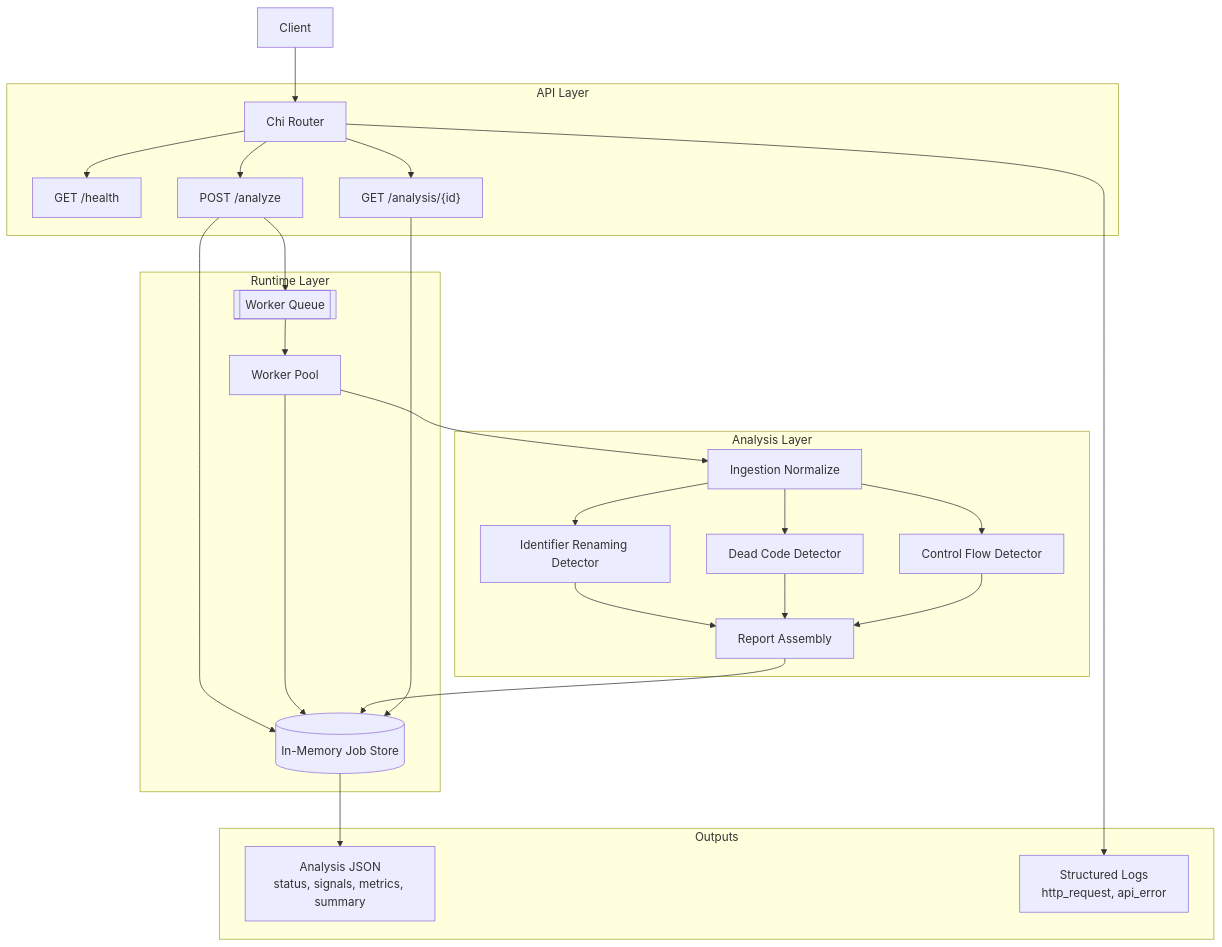
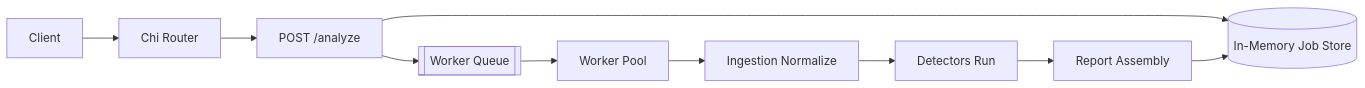
The first of 2 diagrams in README.md (jessechumo/GraphSentinel), drawn with Mermaid before and after one commit. The commit also changed other lines of this file, not shown here.

Commit message:
docs: simplify architecture diagrams for readability
Made-with: Cursor

````diff
--- a/README.md
+++ b/README.md
@@ -30,52 +32,22 @@
 ```mermaid
-flowchart TB
+flowchart LR
   client[Client]
-
-  subgraph api[API Layer]
-    router[Chi Router]
-    health["GET /health"]
-    submit["POST /analyze"]
-    fetch["GET /analysis/{id}"]
-  end
-
-  subgraph runtime[Runtime Layer]
-    store[(In-Memory Job Store)]
-    queue[[Worker Queue]]
-    workers[Worker Pool]
-  end
-
-  subgraph analysis[Analysis Layer]
-    ingest[Ingestion Normalize]
-    rename[Identifier Renaming Detector]
-    dead[Dead Code Detector]
-    flow[Control Flow Detector]
-    report[Report Assembly]
-  end
-
-  subgraph outputs[Outputs]
-    result[Analysis JSON\nstatus, signals, metrics, summary]
-    logs[Structured Logs\nhttp_request, api_error]
-  end
+  router[Chi Router]
+  submit["POST /analyze"]
+  store[(In-Memory Job Store)]
+  queue[[Worker Queue]]
+  workers[Worker Pool]
+  ingest[Ingestion Normalize]
+  detectors[Detectors Run]
+  report[Report Assembly]
 
   client --> router
-  router --> health
   router --> submit
-  router --> fetch
-
   submit --> store
   submit --> queue
   queue --> workers
-  workers --> store
   workers --> ingest
-  ingest --> rename
-  ingest --> dead
-  ingest --> flow
-  rename --> report
-  dead --> report
-  flow --> report
+  ingest --> detectors
+  detectors --> report
   report --> store
-
-  fetch --> store
-  store --> result
-  router --> logs
 ```
````
